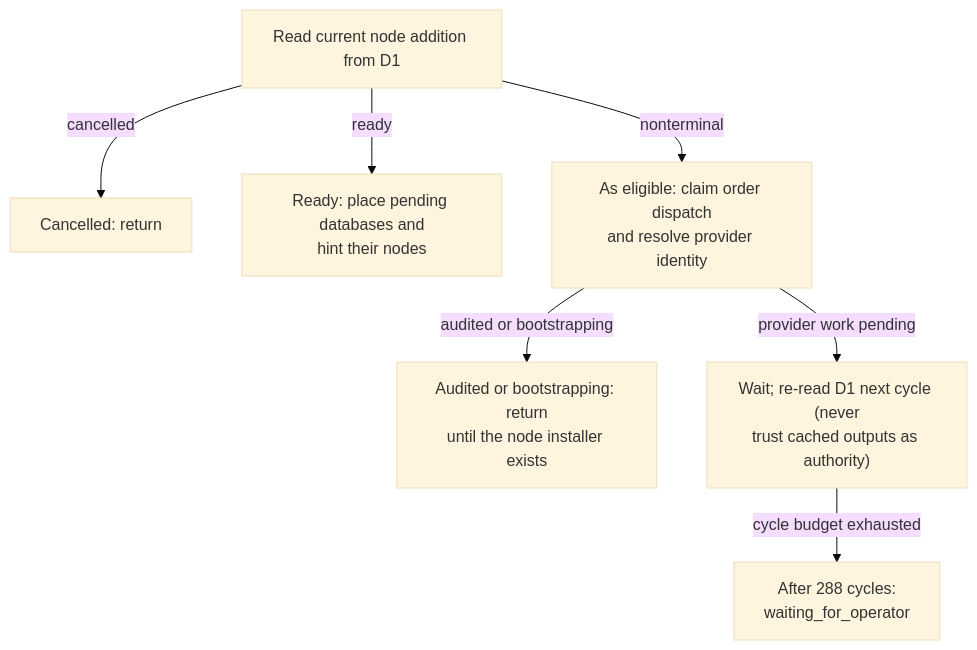
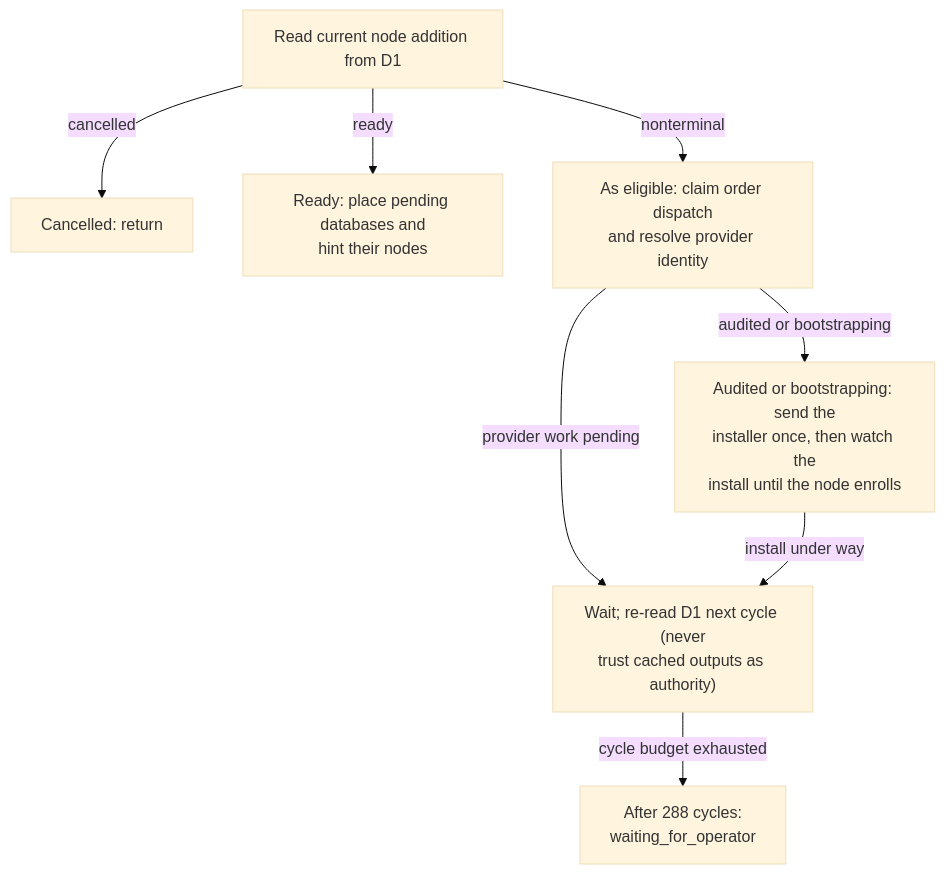
The diagram in docs/architecture/mermaider/add-node.mmd (amerged-org/cloudflare-postgres), drawn with Mermaid (base theme) before and after one commit. The commit also changed 80 other files, not shown here.

First line of the commit message:
feat(api): install an audited node, hand it its credentials, open it only with them, route to its own gateway

```diff
--- a/docs/architecture/mermaider/add-node.mmd
+++ b/docs/architecture/mermaider/add-node.mmd
@@ -1,14 +1,15 @@
 flowchart TD
     n_98d16e133cfc["Read current node addition from D1"]
     n_05cae6515ea2["Cancelled: return"]
     n_f6c7e8a30e85["Ready: place pending databases and<br/>hint their nodes"]
     n_a67701fc2401["As eligible: claim order dispatch<br/>and resolve provider identity"]
-    n_d893dc3cbbc2["Audited or bootstrapping: return<br/>until the node installer exists"]
+    n_d893dc3cbbc2["Audited or bootstrapping: send the<br/>installer once, then watch the<br/>install until the node enrolls"]
     n_8092c49190cf["Wait; re-read D1 next cycle (never<br/>trust cached outputs as authority)"]
     n_83212f141b4e["After 288 cycles:<br/>waiting_for_operator"]
     n_98d16e133cfc -->|"cancelled"| n_05cae6515ea2
     n_98d16e133cfc -->|"ready"| n_f6c7e8a30e85
     n_98d16e133cfc -->|"nonterminal"| n_a67701fc2401
     n_a67701fc2401 -->|"audited or bootstrapping"| n_d893dc3cbbc2
     n_a67701fc2401 -->|"provider work pending"| n_8092c49190cf
     n_8092c49190cf -->|"cycle budget exhausted"| n_83212f141b4e
+    n_d893dc3cbbc2 -->|"install under way"| n_8092c49190cf
```
